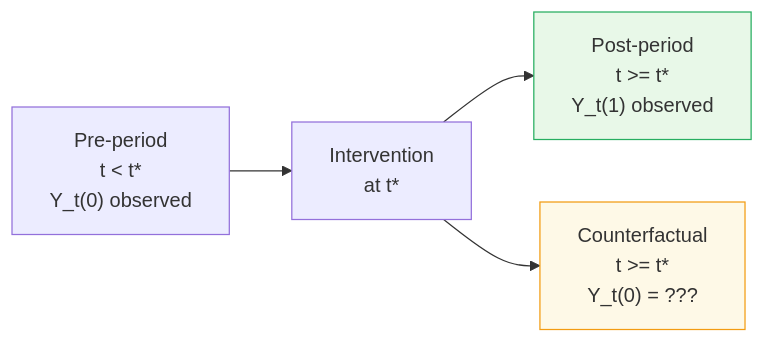
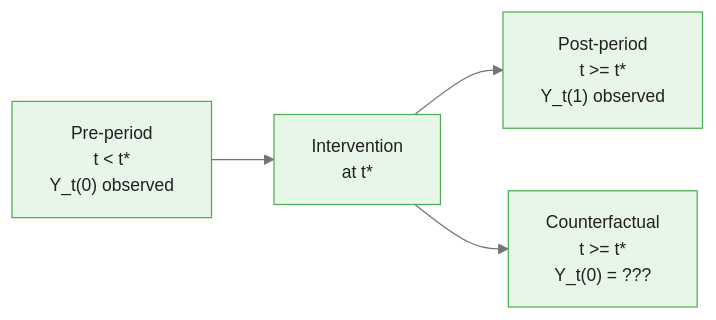
One commit to m-deane/course-creator changed the diagram in courses/causalpy-interrupted-time-series/modules/module_00_foundations/guides/02_potential_outcomes_slides.md. Above: the diagram before and after it, drawn with Mermaid. The commit also changed other lines of this file and 87 other files, not shown here.

````diff
--- a/courses/causalpy-interrupted-time-series/modules/module_00_foundations/guides/02_potential_outcomes_slides.md
+++ b/courses/causalpy-interrupted-time-series/modules/module_00_foundations/guides/02_potential_outcomes_slides.md
@@ -137,8 +145,7 @@
 ```mermaid
+%%{init: {"theme": "base", "themeVariables": {"primaryColor": "#e8f5e9", "primaryBorderColor": "#4caf50", "primaryTextColor": "#212121", "secondaryColor": "#e3f2fd", "tertiaryColor": "#fff8e1", "lineColor": "#757575", "fontFamily": "Inter, sans-serif", "fontSize": "14px"}}}%%
 flowchart LR
     A["Pre-period\nt < t*\nY_t(0) observed"] --> B["Intervention\nat t*"]
     B --> C["Post-period\nt >= t*\nY_t(1) observed"]
     B --> D["Counterfactual\nt >= t*\nY_t(0) = ???"]
-    style D fill:#fef9e7,stroke:#f39c12
-    style C fill:#e8f8e8,stroke:#27ae60
 ```
````
